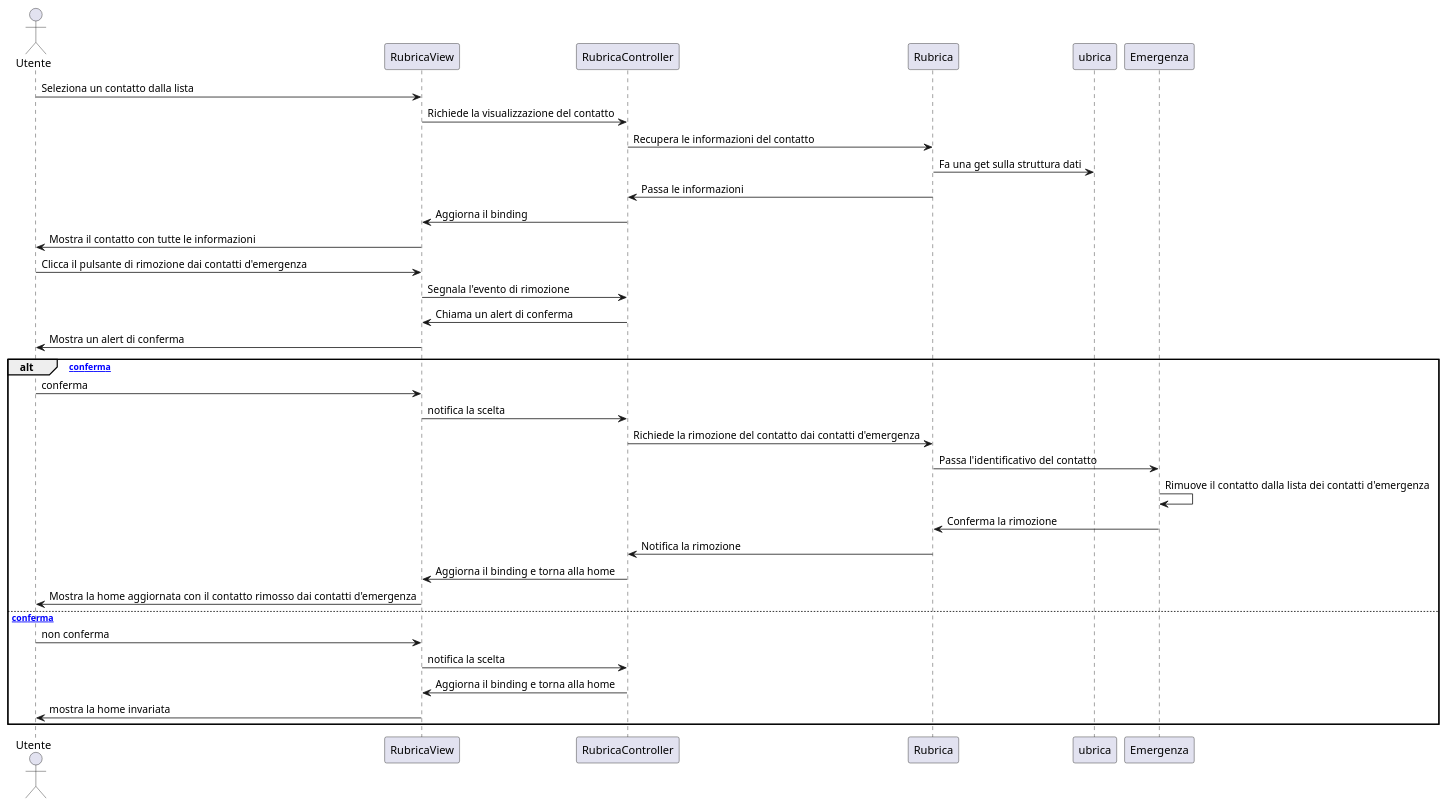
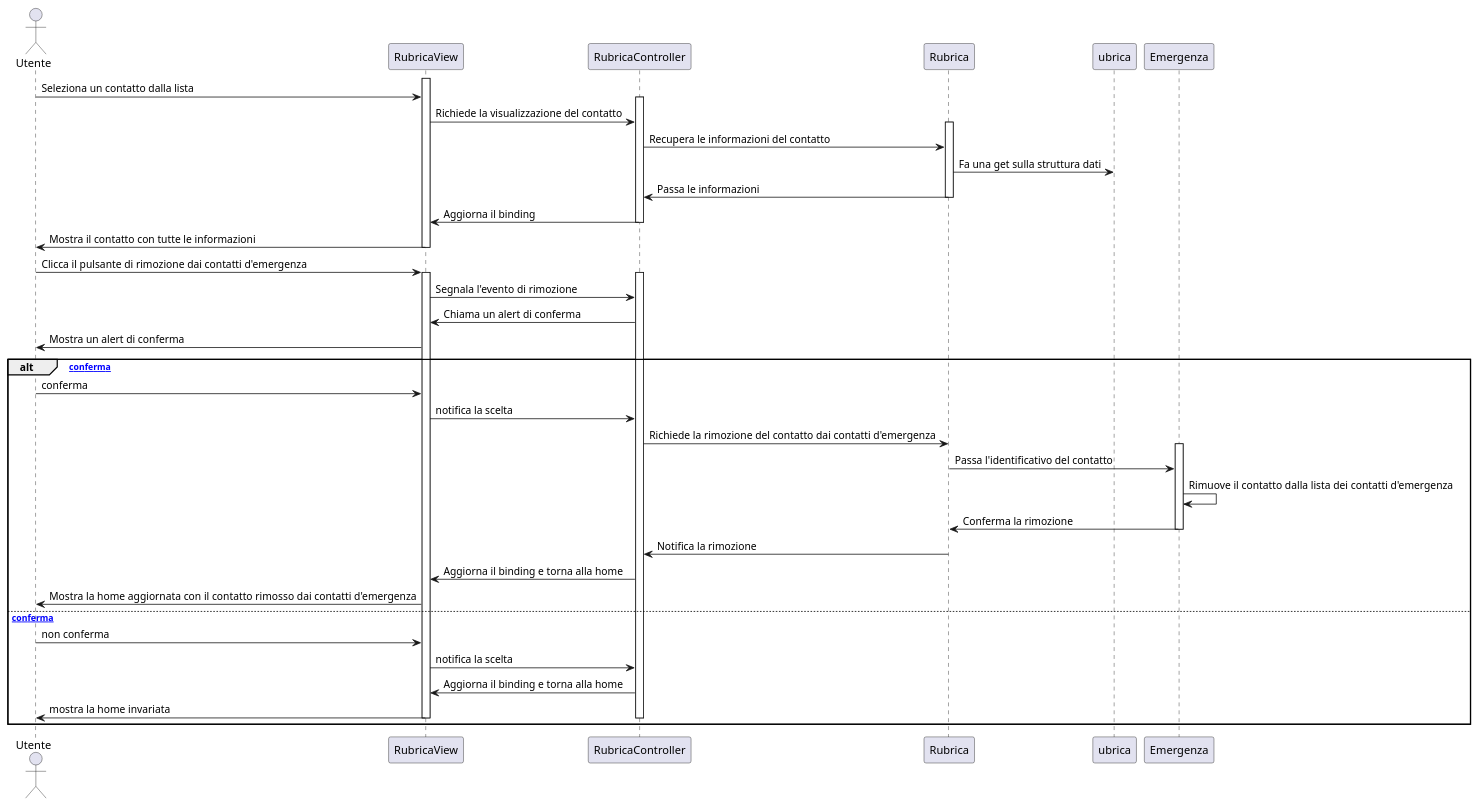
The diagram in docs/bozze/Diagrammi/Sequenza/ScenarioRimuoviEmergenza.puml (emanueletocci/uni-swe-project), drawn with PlantUML before and after one commit. The commit also changed 3 other files, not shown here.

```diff
--- a/docs/bozze/Diagrammi/Sequenza/ScenarioRimuoviEmergenza.puml
+++ b/docs/bozze/Diagrammi/Sequenza/ScenarioRimuoviEmergenza.puml
@@ -1,36 +1,48 @@
 @startuml
 'https://plantuml.com/sequence-diagram
 
 actor Utente
 
+activate RubricaView
 Utente->RubricaView : Seleziona un contatto dalla lista
+activate RubricaController
 RubricaView->RubricaController : Richiede la visualizzazione del contatto
+activate Rubrica
 RubricaController ->Rubrica : Recupera le informazioni del contatto
 Rubrica->ubrica : Fa una get sulla struttura dati
 Rubrica->RubricaController : Passa le informazioni
+deactivate Rubrica
 RubricaController->RubricaView : Aggiorna il binding
+deactivate RubricaController
 RubricaView->Utente : Mostra il contatto con tutte le informazioni
+deactivate RubricaView
 
 Utente->RubricaView : Clicca il pulsante di rimozione dai contatti d'emergenza
+activate RubricaView
+activate RubricaController
 RubricaView->RubricaController : Segnala l'evento di rimozione
 RubricaController->RubricaView: Chiama un alert di conferma
 RubricaView->Utente: Mostra un alert di conferma
 
 alt [conferma]
     Utente->RubricaView:conferma
     RubricaView->RubricaController: notifica la scelta
     RubricaController->Rubrica : Richiede la rimozione del contatto dai contatti d'emergenza
+    activate Emergenza
     Rubrica->Emergenza : Passa l'identificativo del contatto
     Emergenza->Emergenza : Rimuove il contatto dalla lista dei contatti d'emergenza
     Emergenza->Rubrica : Conferma la rimozione
+    deactivate Emergenza
     Rubrica->RubricaController : Notifica la rimozione
     RubricaController->RubricaView : Aggiorna il binding e torna alla home
     RubricaView->Utente : Mostra la home aggiornata con il contatto rimosso dai contatti d'emergenza
 else [non conferma]
     Utente->RubricaView:non conferma
     RubricaView->RubricaController: notifica la scelta
     RubricaController->RubricaView: Aggiorna il binding e torna alla home
     RubricaView->Utente: mostra la home invariata
+    deactivate RubricaController
+    deactivate RubricaView
 end
 
 @enduml
```
